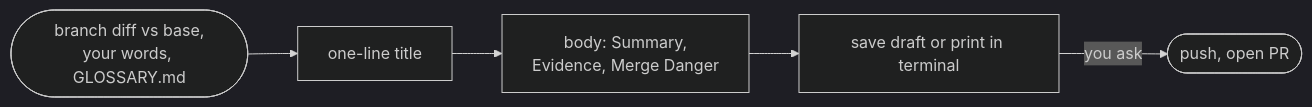
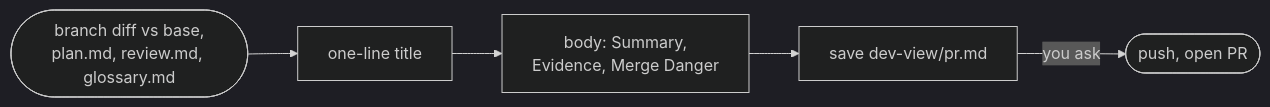
One commit to le0u0/just-do-it changed the diagram in docs/to-pr.md. Above: the diagram before and after it, drawn with Mermaid (dark theme). The commit also changed other lines of this file and 84 other files, not shown here.

Commit message:
feat!: replace justaway mode with independent skill storage, go-setup, go-flow, and to-test-doc

````diff
--- a/docs/to-pr.md
+++ b/docs/to-pr.md
@@ -7,7 +7,7 @@
 ```mermaid
 flowchart LR
-    IN([branch diff vs base,<br/>your words, GLOSSARY.md]) --> T[one-line title]
+    IN([branch diff vs base,<br/>plan.md, review.md, glossary.md]) --> T[one-line title]
     T --> B[body: Summary,<br/>Evidence, Merge Danger]
-    B --> S[save draft or print in terminal]
+    B --> S[save dev-view/pr.md]
     S -->|you ask| P([push, open PR])
 ```
````
